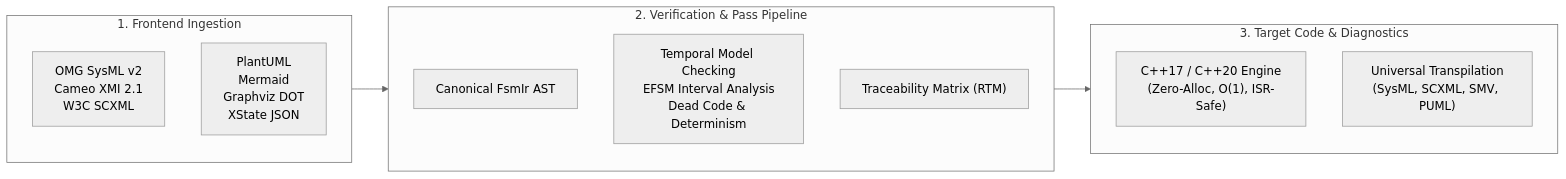
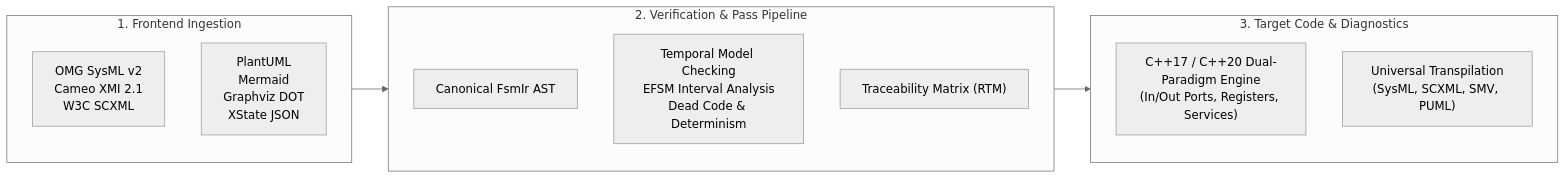
The diagram in README.md (simoneCavalleri/fsmc), drawn with Mermaid (neutral theme) before and after one commit. The commit also changed other lines of this file and 1 other file, not shown here.

````diff
--- a/README.md
+++ b/README.md
@@ -30,21 +30,21 @@
 ```mermaid
 flowchart LR
     subgraph Ingestion["1. Frontend Ingestion"]
         SysML["OMG SysML v2\nCameo XMI 2.1\nW3C SCXML"]
         Diagrams["PlantUML\nMermaid\nGraphviz DOT\nXState JSON"]
     end
 
     subgraph Compiler["2. Verification & Pass Pipeline"]
         IR["Canonical FsmIr AST"]
         Verify["Temporal Model Checking\nEFSM Interval Analysis\nDead Code & Determinism"]
         RTM["Traceability Matrix (RTM)"]
     end
 
     subgraph Targets["3. Target Code & Diagnostics"]
-        CPP["C++17 / C++20 Engine\n(Zero-Alloc, O(1), ISR-Safe)"]
+        CPP["C++17 / C++20 Dual-Paradigm Engine\n(In/Out Ports, Registers, Services)"]
         Exports["Universal Transpilation\n(SysML, SCXML, SMV, PUML)"]
     end
 
     Ingestion --> Compiler
     Compiler --> Targets
 ```
````
